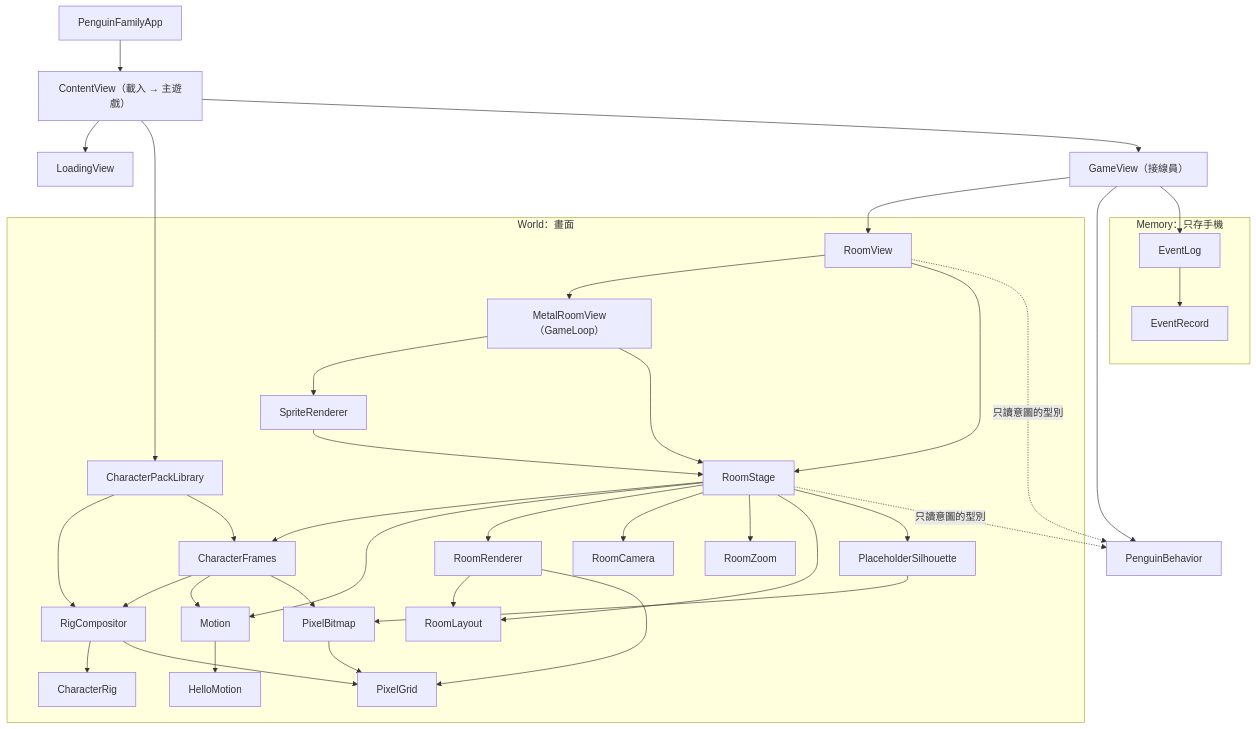
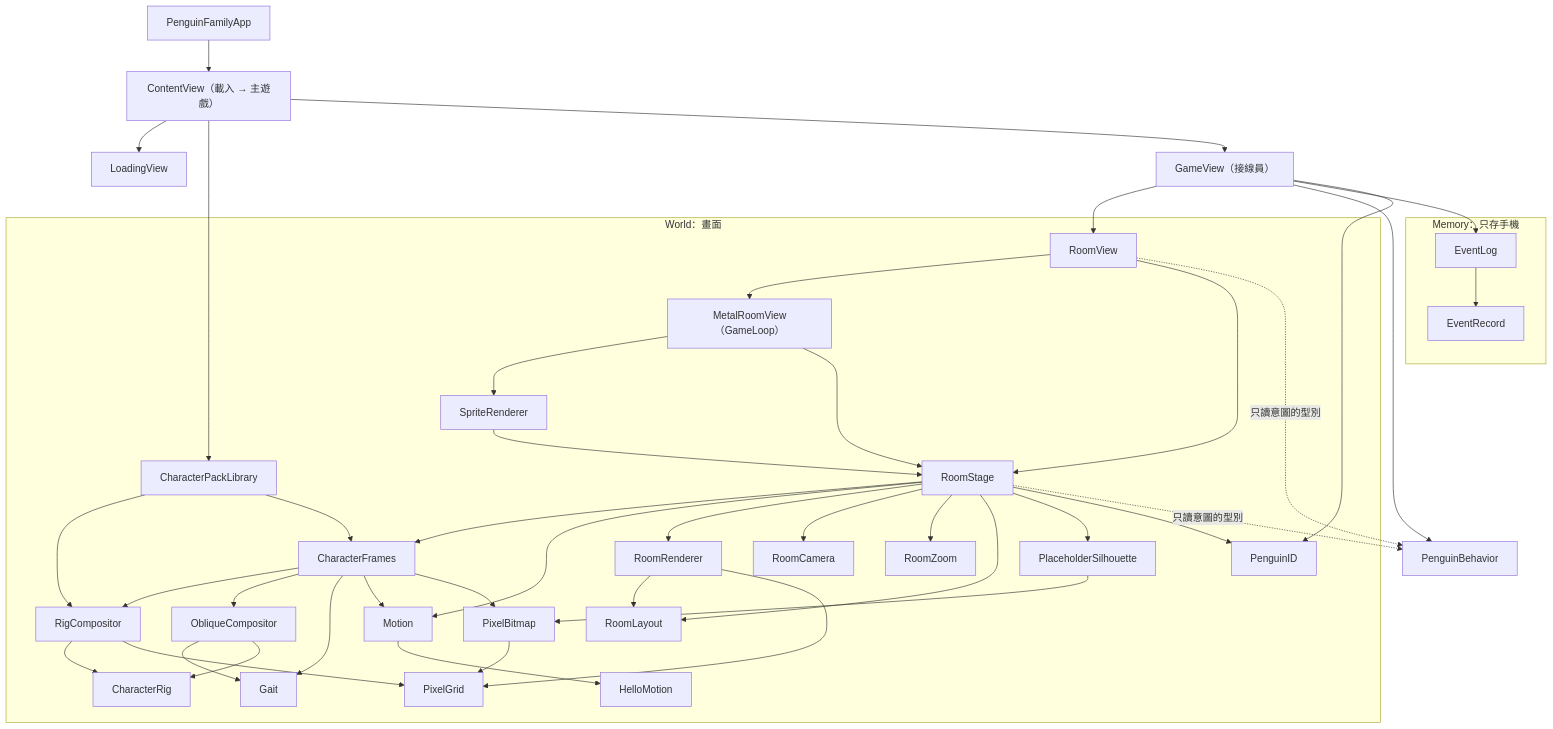
The first of 4 diagrams in docs/code-map.md (CBHeng/penguin-family), drawn with Mermaid before and after one commit. The commit also changed other lines of this file and 25 other files, not shown here.

````diff
--- a/docs/code-map.md
+++ b/docs/code-map.md
@@ -111,44 +117,50 @@
 ```mermaid
 flowchart TD
     App["PenguinFamilyApp"] --> Content["ContentView（載入 → 主遊戲）"]
     Content --> Loading["LoadingView"]
     Content --> Library["CharacterPackLibrary"]
     Content --> Game["GameView（接線員）"]
     Game --> Room["RoomView"]
     Game --> Behavior["PenguinBehavior"]
     Game --> Log["EventLog"]
+    Game --> ID
 
     subgraph World["World：畫面"]
         Library --> Compositor["RigCompositor"]
         Library --> Frames["CharacterFrames"]
         Room --> Metal["MetalRoomView（GameLoop）"]
         Room --> Stage["RoomStage"]
         Metal --> Renderer["SpriteRenderer"]
         Metal --> Stage
         Renderer --> Stage
         Stage --> Frames
         Stage --> Motion["Motion"]
         Stage --> RoomRenderer["RoomRenderer"]
         Stage --> Camera["RoomCamera"]
         Stage --> Zoom["RoomZoom"]
         Stage --> Layout["RoomLayout"]
         Stage --> Placeholder["PlaceholderSilhouette"]
+        Stage --> ID["PenguinID"]
         RoomRenderer --> Layout
         RoomRenderer --> Grid["PixelGrid"]
         Frames --> Compositor
+        Frames --> Oblique["ObliqueCompositor"]
+        Frames --> Gait["Gait"]
+        Oblique --> Gait
+        Oblique --> Rig
         Frames --> Motion
         Frames --> Bitmap["PixelBitmap"]
         Placeholder --> Bitmap
         Motion --> Hello["HelloMotion"]
         Compositor --> Rig["CharacterRig"]
         Compositor --> Grid
         Bitmap --> Grid
     end
 
     subgraph Memory["Memory：只存手機"]
         Log --> Record["EventRecord"]
     end
 
     Room -. "只讀意圖的型別" .-> Behavior
     Stage -. "只讀意圖的型別" .-> Behavior
 ```
````
